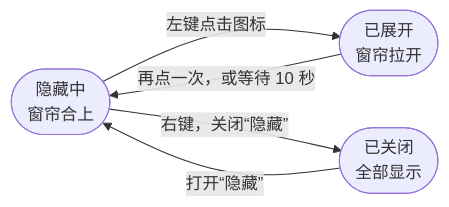
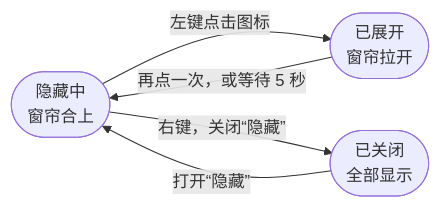
The diagram in README_CN.md (dohyoh/menubar-manager), drawn with Mermaid before and after one commit. The commit also changed other lines of this file and 15 other files, not shown here.

````diff
--- a/README_CN.md
+++ b/README_CN.md
@@ -66,10 +66,10 @@
 ```mermaid
 flowchart LR
     H(["隐藏中<br/>窗帘合上"])
     E(["已展开<br/>窗帘拉开"])
     O(["已关闭<br/>全部显示"])
     H -- "左键点击图标" --> E
-    E -- "再点一次，或等待 10 秒" --> H
+    E -- "再点一次，或等待 5 秒" --> H
     H -- "右键，关闭“隐藏”" --> O
     O -- "打开“隐藏”" --> H
 ```
````
